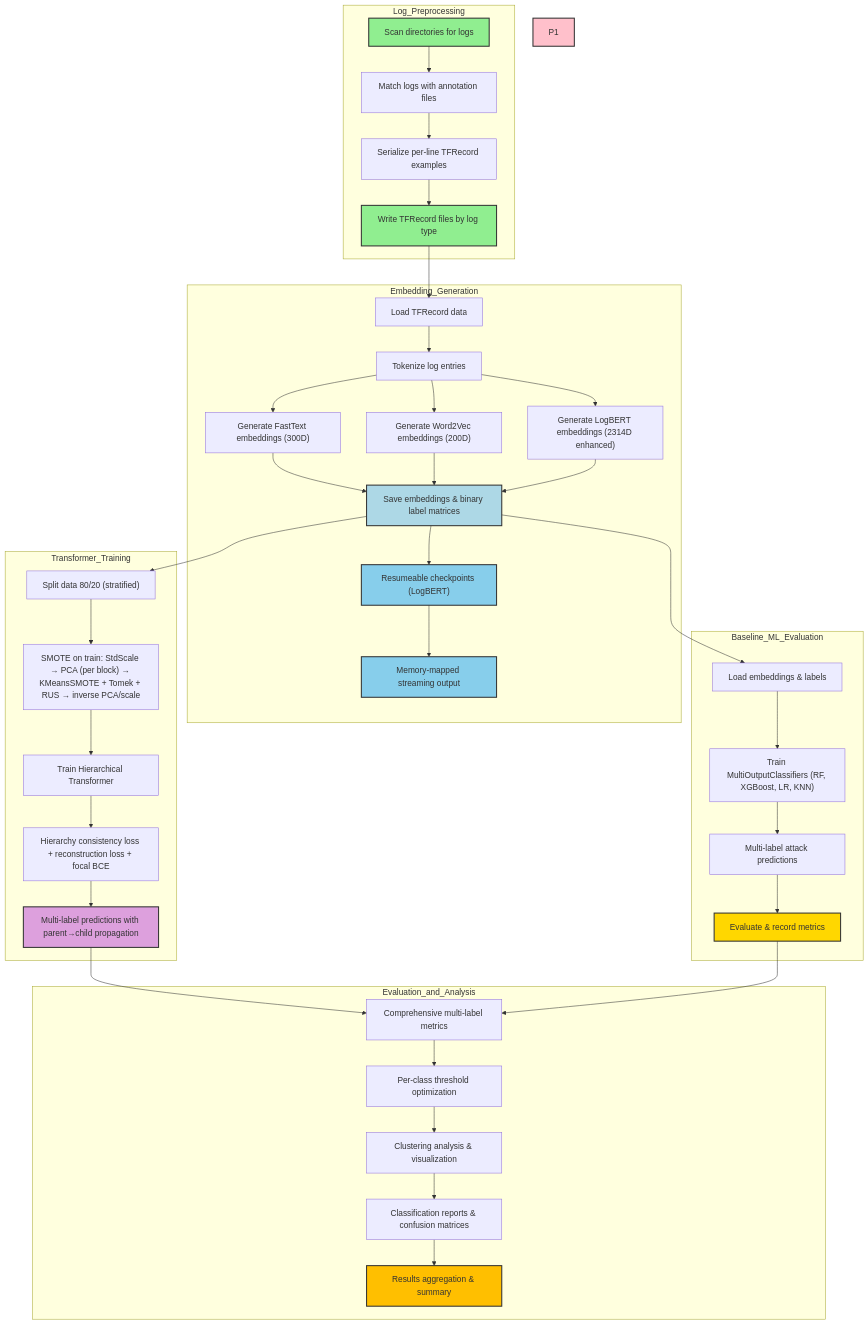
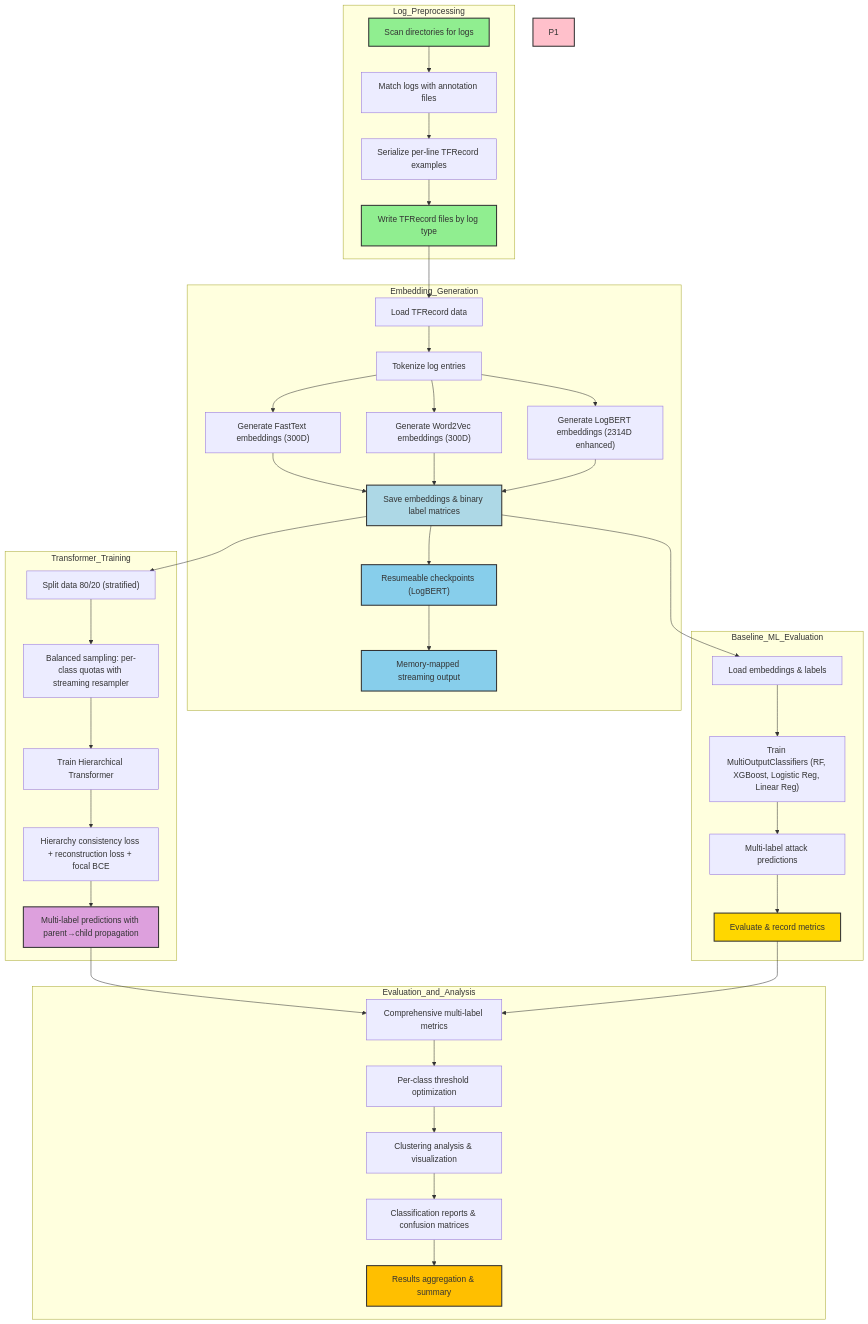
One commit to 365cent/LBAD changed the diagram in Readme.md. Above: the diagram before and after it, drawn with Mermaid. The commit also changed other lines of this file, not shown here.

Commit message:
feat: Update Readme to reflect enhancements in log-based anomaly detection pipeline, including hierarchical multi-label transformer training, balanced sampling techniques, and improved embedding specifications for FastText and Word2Vec

````diff
--- a/Readme.md
+++ b/Readme.md
@@ -16,56 +16,56 @@
 ```mermaid
 flowchart TD
     subgraph Log_Preprocessing
         A["Scan directories for logs"] --> B["Match logs with annotation files"]
         B --> C["Serialize per-line TFRecord examples"]
         C --> D["Write TFRecord files by log type"]
     end
 
     subgraph Embedding_Generation
         D --> E1["Load TFRecord data"]
         E1 --> F1["Tokenize log entries"]
         F1 --> G1["Generate FastText embeddings (300D)"]
-        F1 --> G2["Generate Word2Vec embeddings (200D)"]
+        F1 --> G2["Generate Word2Vec embeddings (300D)"]
         F1 --> G3["Generate LogBERT embeddings (2314D enhanced)"]
         G1 --> H1["Save embeddings & binary label matrices"]
         G2 --> H1
         G3 --> H1
         H1 --> H2["Resumeable checkpoints (LogBERT)"]
         H2 --> H3["Memory-mapped streaming output"]
     end
 
     subgraph Transformer_Training
         H1 --> V1["Split data 80/20 (stratified)"]
-        V1 --> V2["SMOTE on train: StdScale → PCA (per block) → KMeansSMOTE + Tomek + RUS → inverse PCA/scale"]
+        V1 --> V2["Balanced sampling: per-class quotas with streaming resampler"]
         V2 --> V3["Train Hierarchical Transformer"]
         V3 --> V4["Hierarchy consistency loss + reconstruction loss + focal BCE"]
         V4 --> Y1["Multi-label predictions with parent→child propagation"]
     end
 
     subgraph Baseline_ML_Evaluation
         H1 --> I1["Load embeddings & labels"]
-        I1 --> J1["Train MultiOutputClassifiers (RF, XGBoost, LR, KNN)"]
+        I1 --> J1["Train MultiOutputClassifiers (RF, XGBoost, Logistic Reg, Linear Reg)"]
         J1 --> K1["Multi-label attack predictions"]
         K1 --> L1["Evaluate & record metrics"]
     end
 
     subgraph Evaluation_and_Analysis
         Y1 --> S1["Comprehensive multi-label metrics"]
         L1 --> S1
         S1 --> T1["Per-class threshold optimization"]
         T1 --> U1["Clustering analysis & visualization"]
         U1 --> U2["Classification reports & confusion matrices"]
         U2 --> U3["Results aggregation & summary"]
     end
 
     %% Styling
     style A fill:#90EE90,stroke:#333,stroke-width:2px
     style D fill:#90EE90,stroke:#333,stroke-width:2px
     style H1 fill:#ADD8E6,stroke:#333,stroke-width:2px
     style H2 fill:#87CEEB,stroke:#333,stroke-width:2px
     style H3 fill:#87CEEB,stroke:#333,stroke-width:2px
     style Y1 fill:#DDA0DD,stroke:#333,stroke-width:2px
     style L1 fill:#FFD700,stroke:#333,stroke-width:2px
     style P1 fill:#FFC0CB,stroke:#333,stroke-width:2px
     style U3 fill:#FFBF00,stroke:#333,stroke-width:2px
 ```
````
